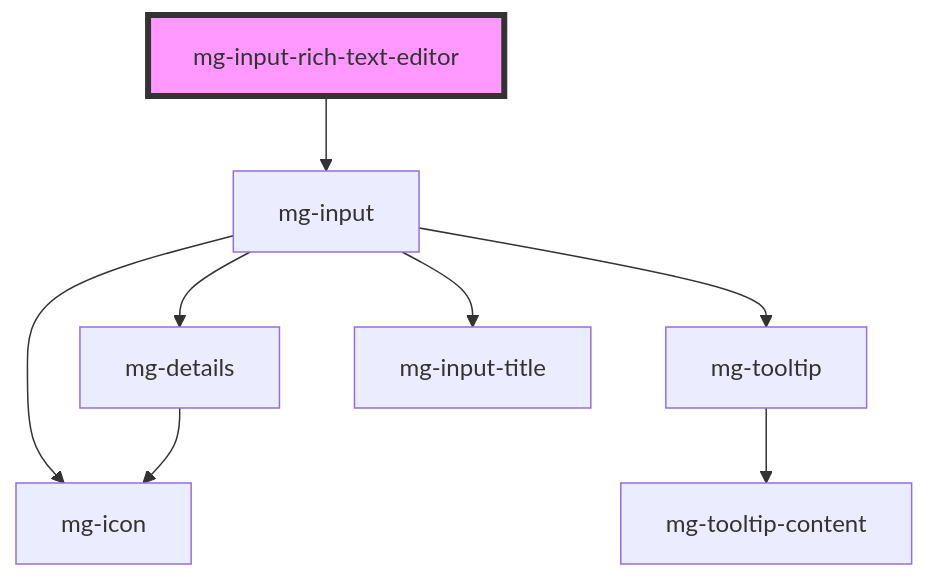
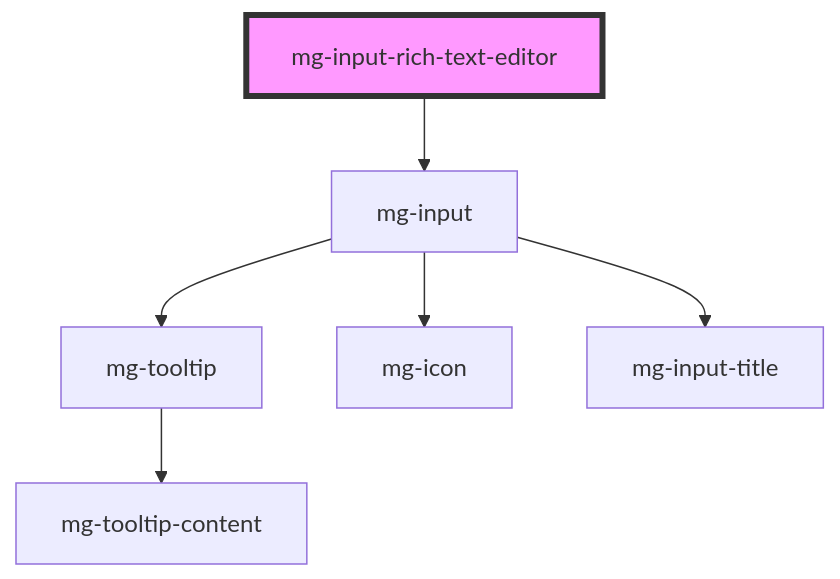
Before and after one commit to MGDIS/core-ui: the diagram in packages/mg-components/src/components/molecules/inputs/mg-input-rich-text-editor/readme.md, drawn with Mermaid. The commit also changed 73 other files, not shown here.

````diff
--- a/packages/mg-components/src/components/molecules/inputs/mg-input-rich-text-editor/readme.md
+++ b/packages/mg-components/src/components/molecules/inputs/mg-input-rich-text-editor/readme.md
@@ -154,11 +154,9 @@
 ```mermaid
 graph TD;
   mg-input-rich-text-editor --> mg-input
-  mg-input --> mg-details
   mg-input --> mg-tooltip
   mg-input --> mg-icon
   mg-input --> mg-input-title
-  mg-details --> mg-icon
   mg-tooltip --> mg-tooltip-content
   style mg-input-rich-text-editor fill:#f9f,stroke:#333,stroke-width:4px
 ```
````
